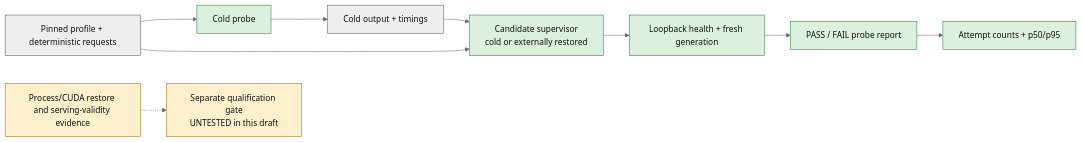
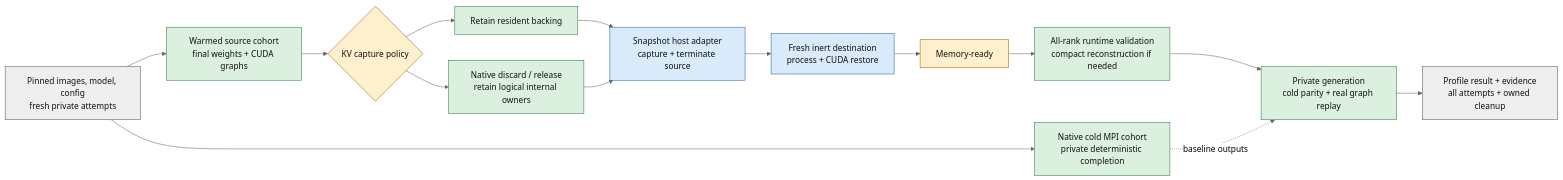
Before and after one commit to NVIDIA/TensorRT-LLM: the diagram in examples/serve/snapshot/README.md, drawn with Mermaid (neutral theme). The commit also changed other lines of this file and 15 other files, not shown here.

Commit message:
[None][test] Add standalone Snapshot host driver and native qualification experiments

````diff
--- a/examples/serve/snapshot/README.md
+++ b/examples/serve/snapshot/README.md
@@ -15,17 +27,30 @@
 ```mermaid
 flowchart LR
-    P["Pinned profile + deterministic requests"] --> C["Cold probe"]
-    C --> B["Cold output + timings"]
-    P --> R["Candidate supervisor<br/>cold or externally restored"]
-    B --> R
-    R --> H["Loopback health + fresh generation"]
-    H --> E["PASS / FAIL probe report"]
-    E --> S["Attempt counts + p50/p95"]
-    X["Process/CUDA restore and serving-validity evidence"] -.-> Q["Separate qualification gate<br/>UNTESTED in this draft"]
+    P["Pinned images, model, config<br/>fresh private attempts"]
+    C["Native cold MPI cohort<br/>private deterministic completion"]
+    W["Warmed source cohort<br/>final weights + CUDA graphs"]
+    K{"KV capture policy"}
+    R["Retain resident backing"]
+    D["Native discard / release<br/>retain logical internal owners"]
+    H["Snapshot host adapter<br/>capture + terminate source"]
+    I["Fresh inert destination<br/>process + CUDA restore"]
+    M["Memory-ready"]
+    V["All-rank runtime validation<br/>compact reconstruction if needed"]
+    G["Private generation<br/>cold parity + real graph replay"]
+    E["Profile result + evidence<br/>all attempts + owned cleanup"]
+    P --> C
+    P --> W
+    W --> K
+    K --> R --> H
+    K --> D --> H
+    H --> I --> M --> V --> G --> E
+    C -.->|"baseline outputs"| G
     classDef input fill:#eeeeee,stroke:#555555,color:#111111
-    classDef probe fill:#dcf0df,stroke:#287a3e,color:#111111
-    classDef pending fill:#fff0cd,stroke:#9b6b10,color:#111111
-    class P,B input
-    class C,R,H,E,S probe
-    class X,Q pending
+    classDef snapshot fill:#d9eafa,stroke:#2463a6,color:#111111
+    classDef engine fill:#dcf0df,stroke:#287a3e,color:#111111
+    classDef gate fill:#fff0cd,stroke:#946800,color:#111111
+    class P,E input
+    class H,I snapshot
+    class C,W,R,D,V,G engine
+    class K,M gate
 ```
````
